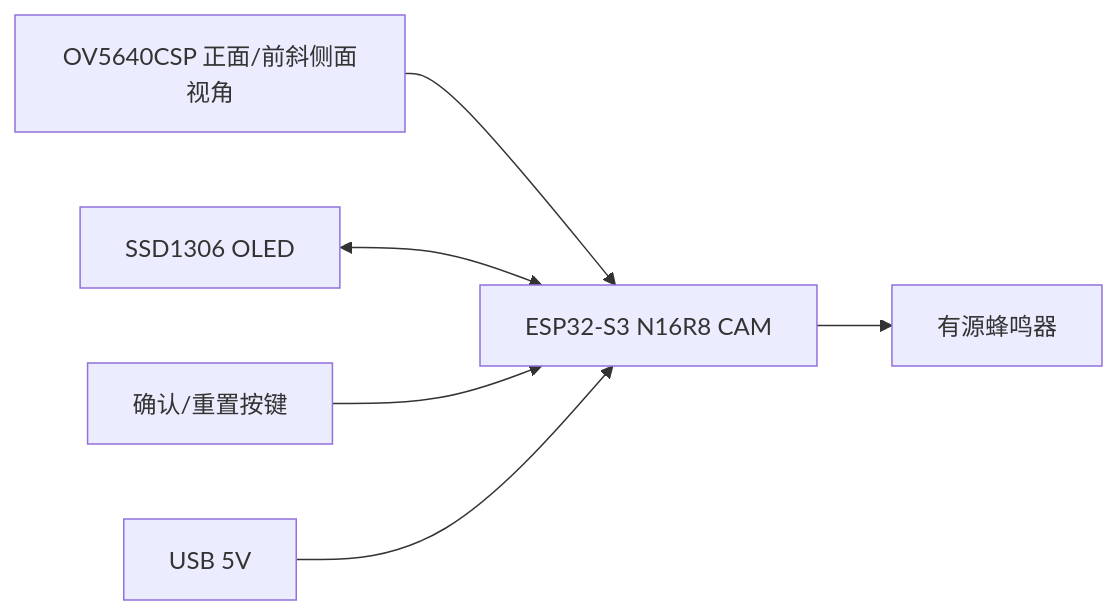
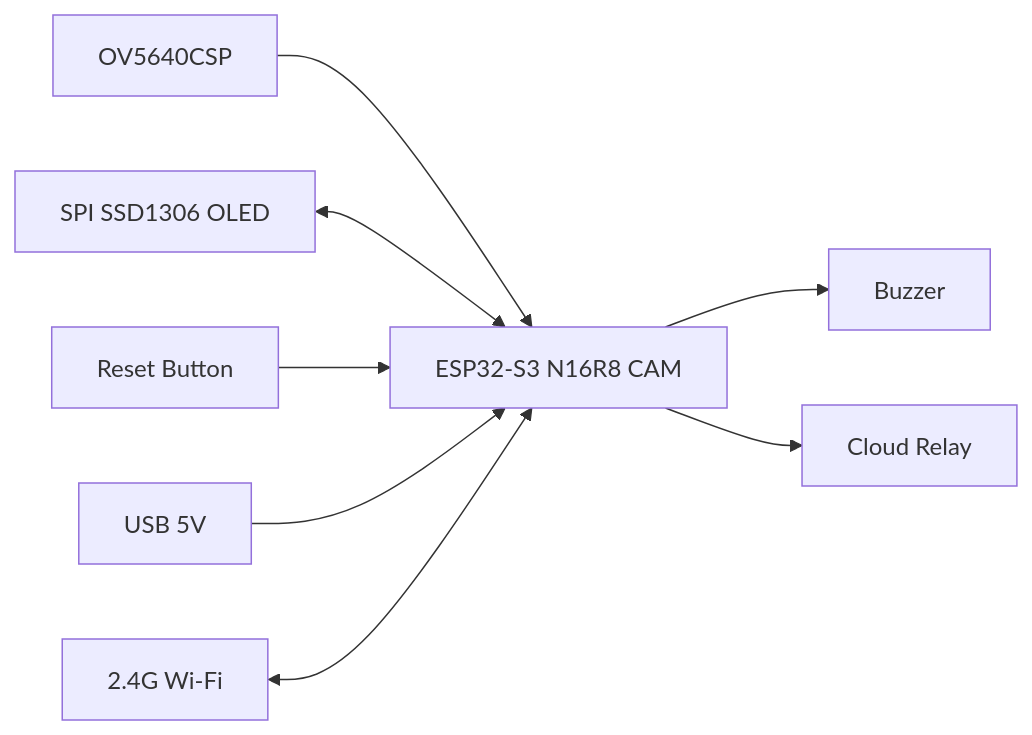
One commit to Muye2026/Bell-Robot changed the first of 2 diagrams in embedded/docs/architecture.md. Above: the diagram before and after it, drawn with Mermaid. The commit also changed other lines of this file and 12 other files, not shown here.

````diff
--- a/embedded/docs/architecture.md
+++ b/embedded/docs/architecture.md
@@ -9,8 +12,10 @@
 ```mermaid
 flowchart LR
-  Camera["OV5640CSP 正面/前斜侧面视角"] --> MCU["ESP32-S3 N16R8 CAM"]
-  OLED["SSD1306 OLED"] <--> MCU
-  Button["确认/重置按键"] --> MCU
-  MCU --> Buzzer["有源蜂鸣器"]
+  Camera["OV5640CSP"] --> MCU["ESP32-S3 N16R8 CAM"]
+  OLED["SPI SSD1306 OLED"] <--> MCU
+  Button["Reset Button"] --> MCU
+  MCU --> Buzzer["Buzzer"]
   USB["USB 5V"] --> MCU
+  Router["2.4G Wi-Fi"] <--> MCU
+  MCU --> Cloud["Cloud Relay"]
 ```
````
